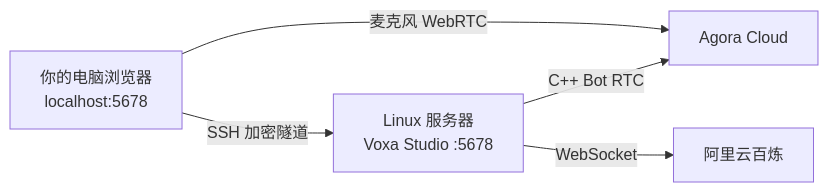
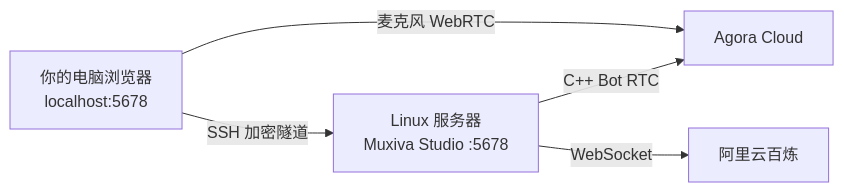
One commit to PiyotaHu/Voxa changed the diagram in docs/site/zh/remote-studio.md. Above: the diagram before and after it, drawn with Mermaid. The commit also changed other lines of this file and 509 other files, not shown here.

````diff
--- a/docs/site/zh/remote-studio.md
+++ b/docs/site/zh/remote-studio.md
@@ -7,7 +7,7 @@
 ```mermaid
 flowchart LR
-    B["你的电脑浏览器<br/>localhost:5678"] -->|"SSH 加密隧道"| S["Linux 服务器<br/>Voxa Studio :5678"]
+    B["你的电脑浏览器<br/>localhost:5678"] -->|"SSH 加密隧道"| S["Linux 服务器<br/>Muxiva Studio :5678"]
     B -->|"麦克风 WebRTC"| A["Agora Cloud"]
     S -->|"C++ Bot RTC"| A
     S -->|"WebSocket"| Q["阿里云百炼"]
 ```
````
